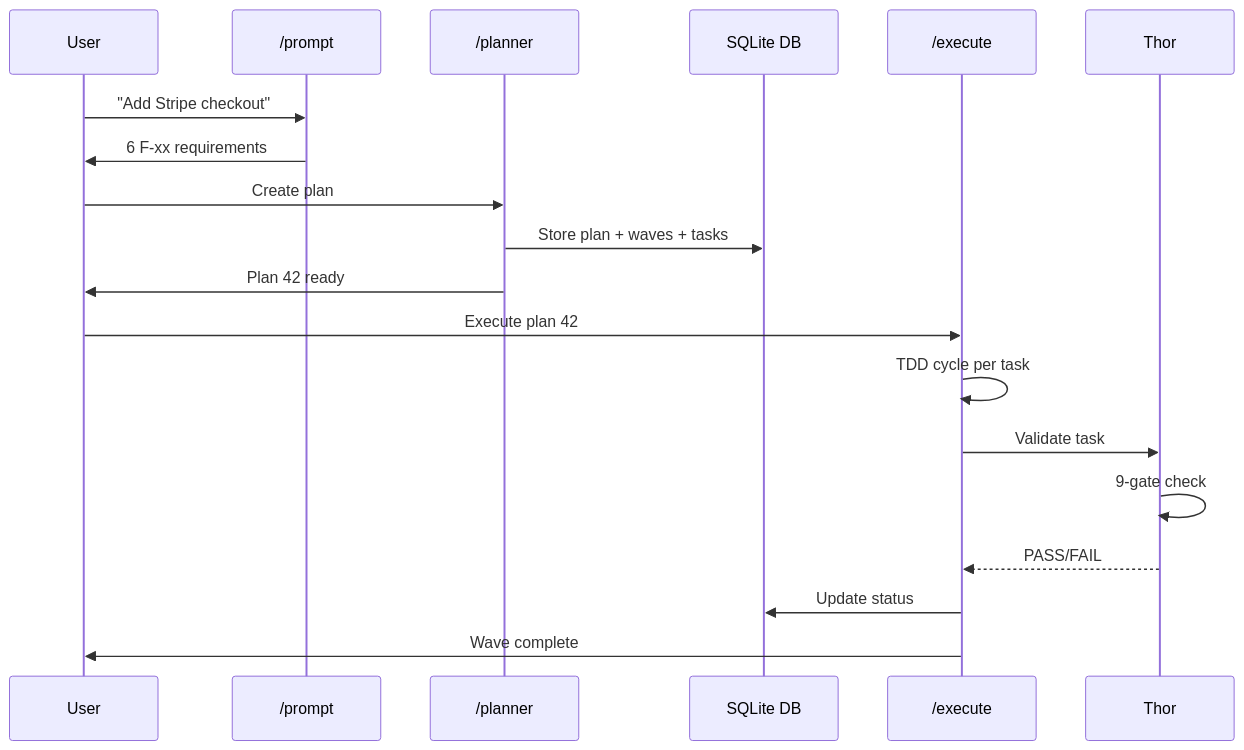
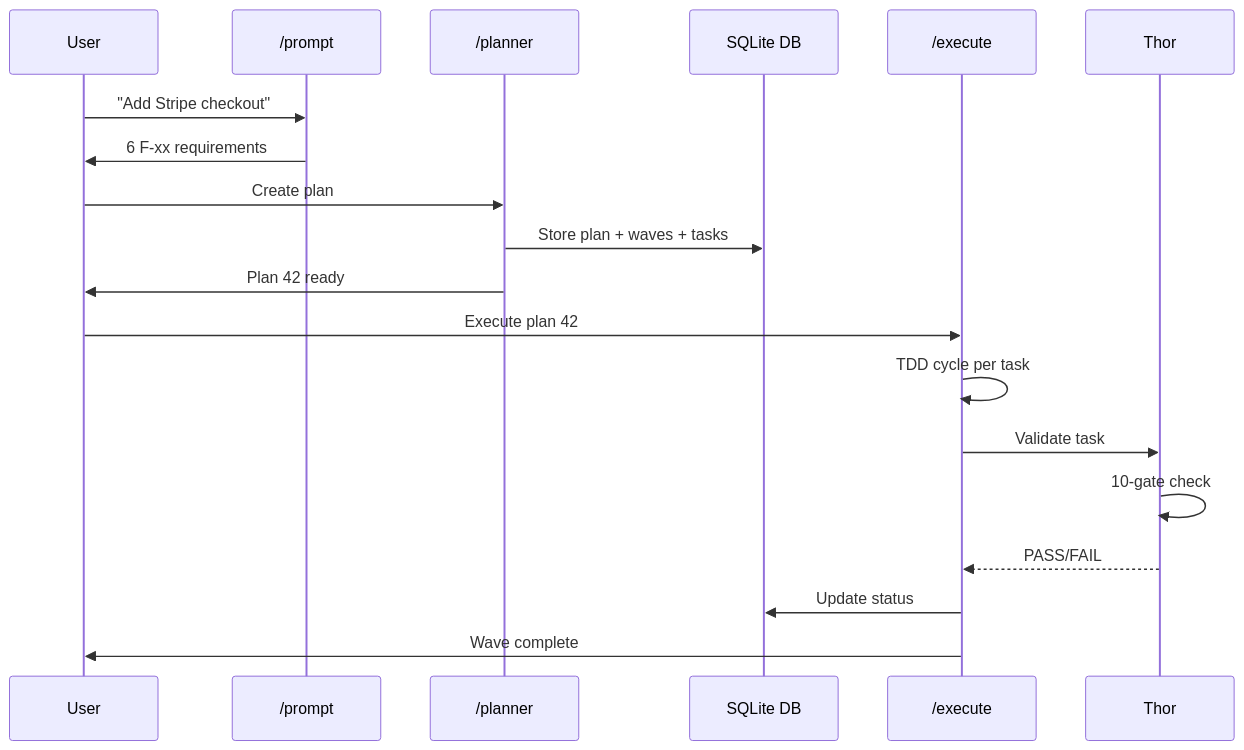
One commit to Roberdan/MyConvergio changed the second of 3 diagrams in docs/getting-started.md. Above: the diagram before and after it, drawn with Mermaid. The commit also changed other lines of this file and 11 other files, not shown here.

First line of the commit message:
docs: update mermaid diagrams for v11.0.0

````diff
--- a/docs/getting-started.md
+++ b/docs/getting-started.md
@@ -174,21 +174,21 @@
 ```mermaid
 sequenceDiagram
     participant U as User
     participant PR as /prompt
     participant PL as /planner
     participant DB as SQLite DB
     participant EX as /execute
     participant TH as Thor
     U->>PR: "Add Stripe checkout"
     PR->>U: 6 F-xx requirements
     U->>PL: Create plan
     PL->>DB: Store plan + waves + tasks
     PL->>U: Plan 42 ready
     U->>EX: Execute plan 42
     EX->>EX: TDD cycle per task
     EX->>TH: Validate task
-    TH->>TH: 9-gate check
+    TH->>TH: 10-gate check
     TH-->>EX: PASS/FAIL
     EX->>DB: Update status
     EX->>U: Wave complete
 ```
````
